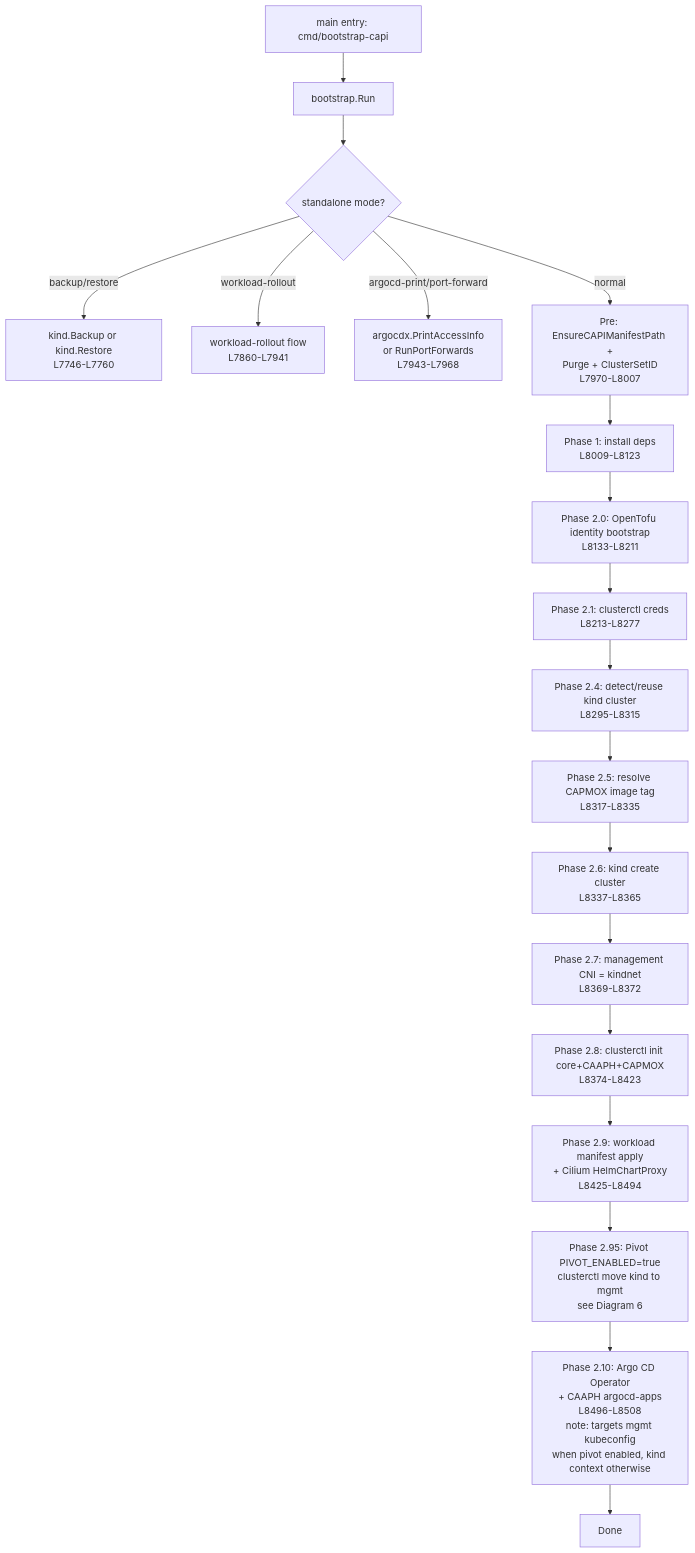
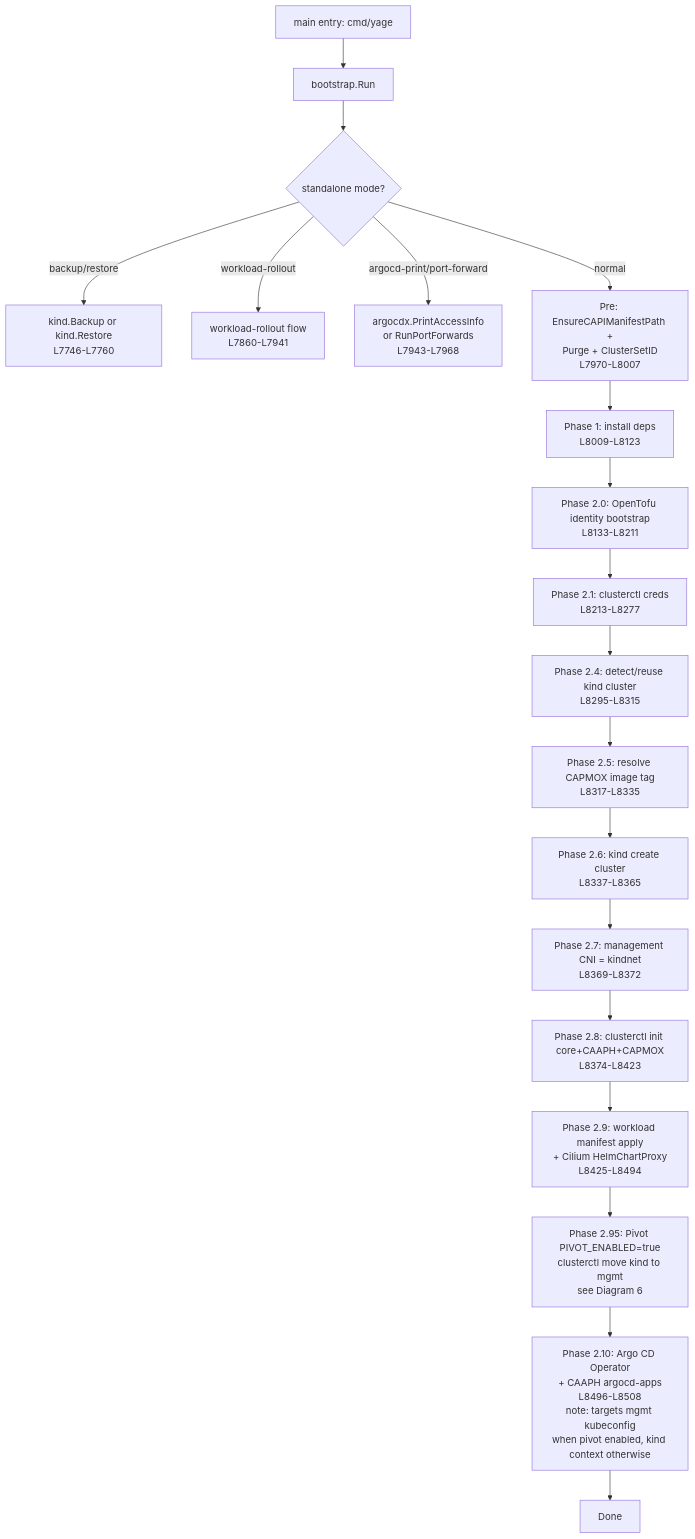
The first of 7 diagrams in docs/ARCHITECTURE.md (lpasquali/yage), drawn with Mermaid before and after one commit. The commit also changed other lines of this file and 106 other files, not shown here.

First line of the commit message:
refactor: rename project bootstrap-capi → yage

````diff
--- a/docs/ARCHITECTURE.md
+++ b/docs/ARCHITECTURE.md
@@ -105,21 +105,21 @@
 ```mermaid
 flowchart TD
-    A[main entry: cmd/bootstrap-capi] --> B[bootstrap.Run]
+    A[main entry: cmd/yage] --> B[bootstrap.Run]
     B --> SM{standalone mode?}
     SM -- backup/restore --> KSO[kind.Backup or kind.Restore<br/>L7746-L7760]
     SM -- workload-rollout --> WR[workload-rollout flow<br/>L7860-L7941]
     SM -- argocd-print/port-forward --> AC[argocdx.PrintAccessInfo<br/>or RunPortForwards<br/>L7943-L7968]
     SM -- normal --> P0[Pre: EnsureCAPIManifestPath +<br/>Purge + ClusterSetID<br/>L7970-L8007]
     P0 --> P1[Phase 1: install deps<br/>L8009-L8123]
     P1 --> P20[Phase 2.0: OpenTofu identity bootstrap<br/>L8133-L8211]
     P20 --> P21[Phase 2.1: clusterctl creds<br/>L8213-L8277]
     P21 --> P24[Phase 2.4: detect/reuse kind cluster<br/>L8295-L8315]
     P24 --> P25[Phase 2.5: resolve CAPMOX image tag<br/>L8317-L8335]
     P25 --> P26[Phase 2.6: kind create cluster<br/>L8337-L8365]
     P26 --> P27[Phase 2.7: management CNI = kindnet<br/>L8369-L8372]
     P27 --> P28[Phase 2.8: clusterctl init core+CAAPH+CAPMOX<br/>L8374-L8423]
     P28 --> P29[Phase 2.9: workload manifest apply<br/>+ Cilium HelmChartProxy<br/>L8425-L8494]
     P29 --> P295[Phase 2.95: Pivot PIVOT_ENABLED=true<br/>clusterctl move kind to mgmt<br/>see Diagram 6]
     P295 --> P210[Phase 2.10: Argo CD Operator<br/>+ CAAPH argocd-apps<br/>L8496-L8508<br/>note: targets mgmt kubeconfig<br/>when pivot enabled, kind context otherwise]
     P210 --> Z[Done]
 ```
````
